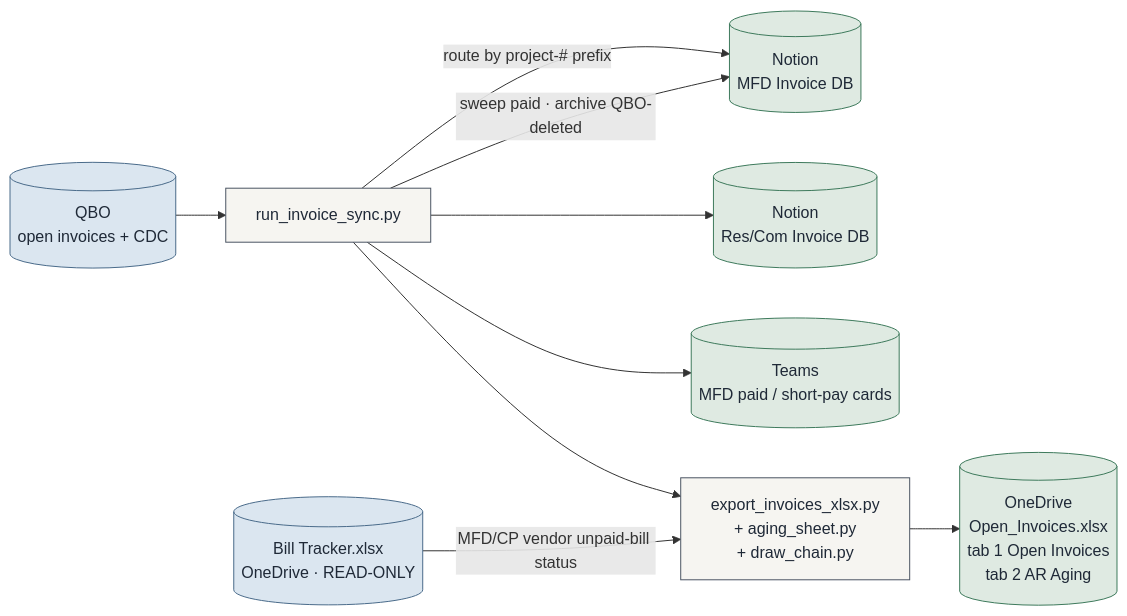
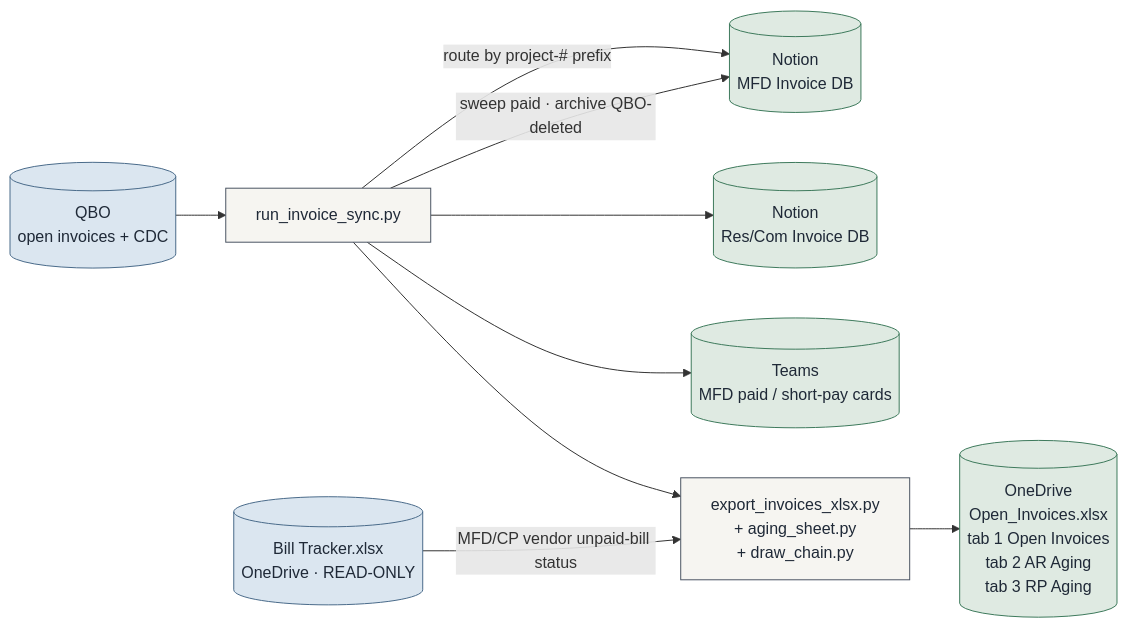
One commit to Ecarlo-Proficient/Claude-Report changed the first of 6 diagrams in docs/ARCHITECTURE.md. Above: the diagram before and after it, drawn with Mermaid. The commit also changed 4 other files, not shown here.

````diff
--- a/docs/ARCHITECTURE.md
+++ b/docs/ARCHITECTURE.md
@@ -78,23 +78,23 @@
 ```mermaid
 flowchart LR
     classDef src fill:#dbe6f0,stroke:#4A6B8A,color:#1f2937
     classDef tool fill:#f6f5f1,stroke:#4b5563,color:#1f2937
     classDef out fill:#dfeae2,stroke:#3E7A5C,color:#1f2937
 
     QBO[("QBO\nopen invoices + CDC")]:::src
     SYNC["run_invoice_sync.py"]:::tool
     MFD[("Notion\nMFD Invoice DB")]:::out
     RES[("Notion\nRes/Com Invoice DB")]:::out
     TEAMS[("Teams\nMFD paid / short-pay cards")]:::out
     XL["export_invoices_xlsx.py\n+ aging_sheet.py\n+ draw_chain.py"]:::tool
     BTX[("Bill Tracker.xlsx\nOneDrive · READ-ONLY")]:::src
-    OD[("OneDrive\nOpen_Invoices.xlsx\ntab 1 Open Invoices\ntab 2 AR Aging")]:::out
+    OD[("OneDrive\nOpen_Invoices.xlsx\ntab 1 Open Invoices\ntab 2 AR Aging\ntab 3 RP Aging")]:::out
 
     QBO --> SYNC
     SYNC -- "route by project-# prefix" --> MFD
     SYNC --> RES
     SYNC -- "sweep paid · archive QBO-deleted" --> MFD
     SYNC --> TEAMS
     SYNC --> XL --> OD
     BTX -- "MFD/CP vendor unpaid-bill status" --> XL
 ```
````
